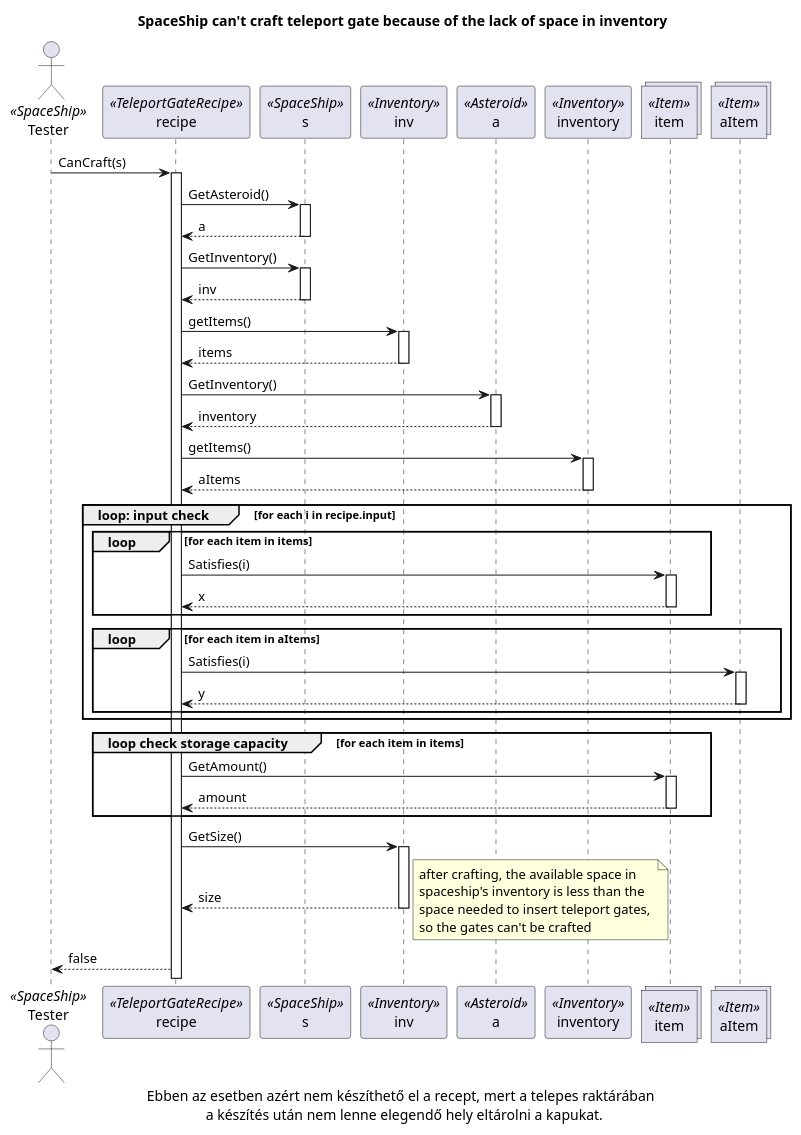
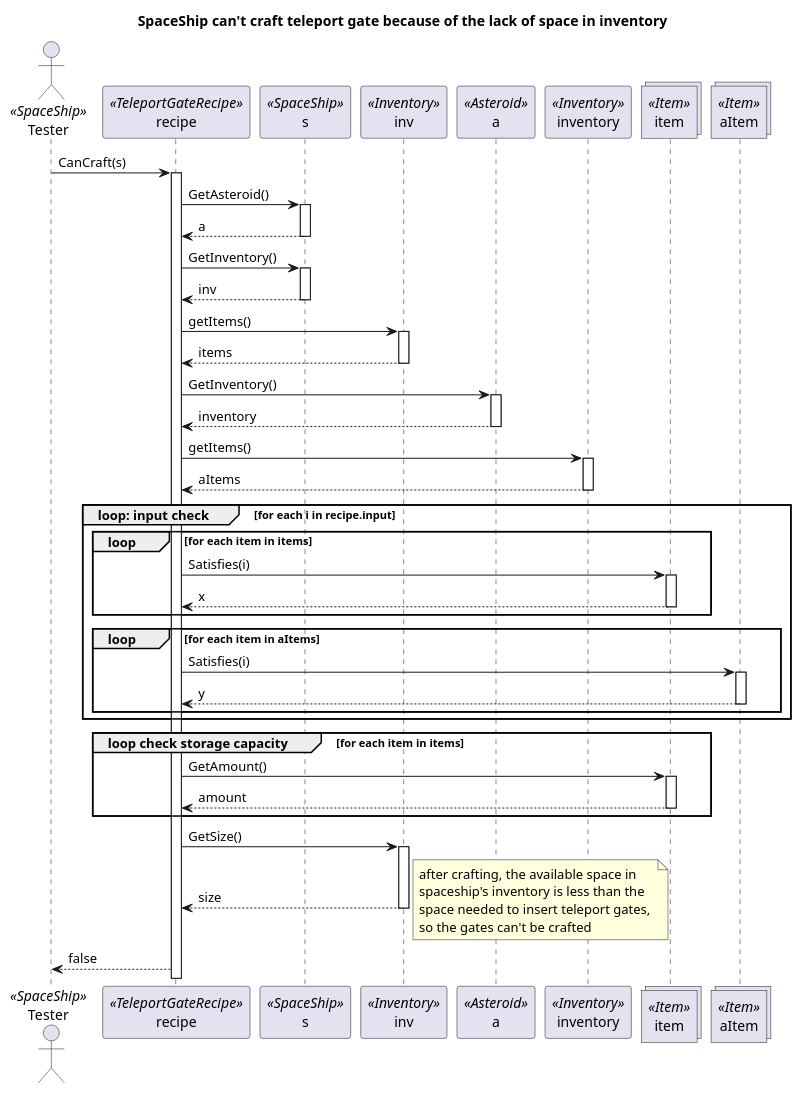
Before and after one commit to viseguard-studios/Documentation: the diagram in docs/Skeleton/diagrams/Craft_teleport_gate/sequence/6.Not_possible_to_craft_gate_2.puml, drawn with PlantUML. The commit also changed 14 other files, not shown here.

Commit message:
update uml

```diff
--- a/docs/Skeleton/diagrams/Craft_teleport_gate/sequence/6.Not_possible_to_craft_gate_2.puml
+++ b/docs/Skeleton/diagrams/Craft_teleport_gate/sequence/6.Not_possible_to_craft_gate_2.puml
@@ -1,63 +1,63 @@
 @startuml
 actor Tester as Tester <<SpaceShip>>
 participant recipe as recipe <<TeleportGateRecipe>>
 participant s as s <<SpaceShip>>
 participant inv as inv <<Inventory>>
 participant a as a <<Asteroid>>
 participant inventory as inventory <<Inventory>>
 collections item as item <<Item>>
 collections aItem as aItem <<Item>>
 
 title SpaceShip can't craft teleport gate because of the lack of space in inventory
 
 Tester-> recipe++: CanCraft(s)
 recipe -> s++: GetAsteroid()
 
 s --> recipe--: a
 recipe -> s++: GetInventory()
 
 s --> recipe--: inv
 
 recipe -> inv++: getItems()
 inv --> recipe--: items
 
 recipe -> a++: GetInventory()
 a --> recipe--: inventory
 
 recipe -> inventory++: getItems()
 inventory --> recipe--: aItems
 
 group loop: input check[for each i in recipe.input]
 
     group loop [for each item in items]
         recipe -> item++: Satisfies(i)
         item --> recipe--: x
     end
 
     group loop [for each item in aItems]
         recipe -> aItem++: Satisfies(i)
         aItem --> recipe--: y
     end
 end
 
 group loop check storage capacity [for each item in items]
 recipe -> item++: GetAmount()
 item-->recipe--: amount
 end
 
 recipe -> inv++: GetSize()
 inv-->recipe--: size
 
 note right
 after crafting, the available space in 
 spaceship's inventory is less than the 
 space needed to insert teleport gates, 
 so the gates can't be crafted
 end note
 
 recipe --> Tester: false
 
 
-caption Ebben az esetben azért nem készíthető el a recept, mert a telepes raktárában \n a készítés után nem lenne elegendő hely eltárolni a kapukat. 
+
 
 @enduml
```
